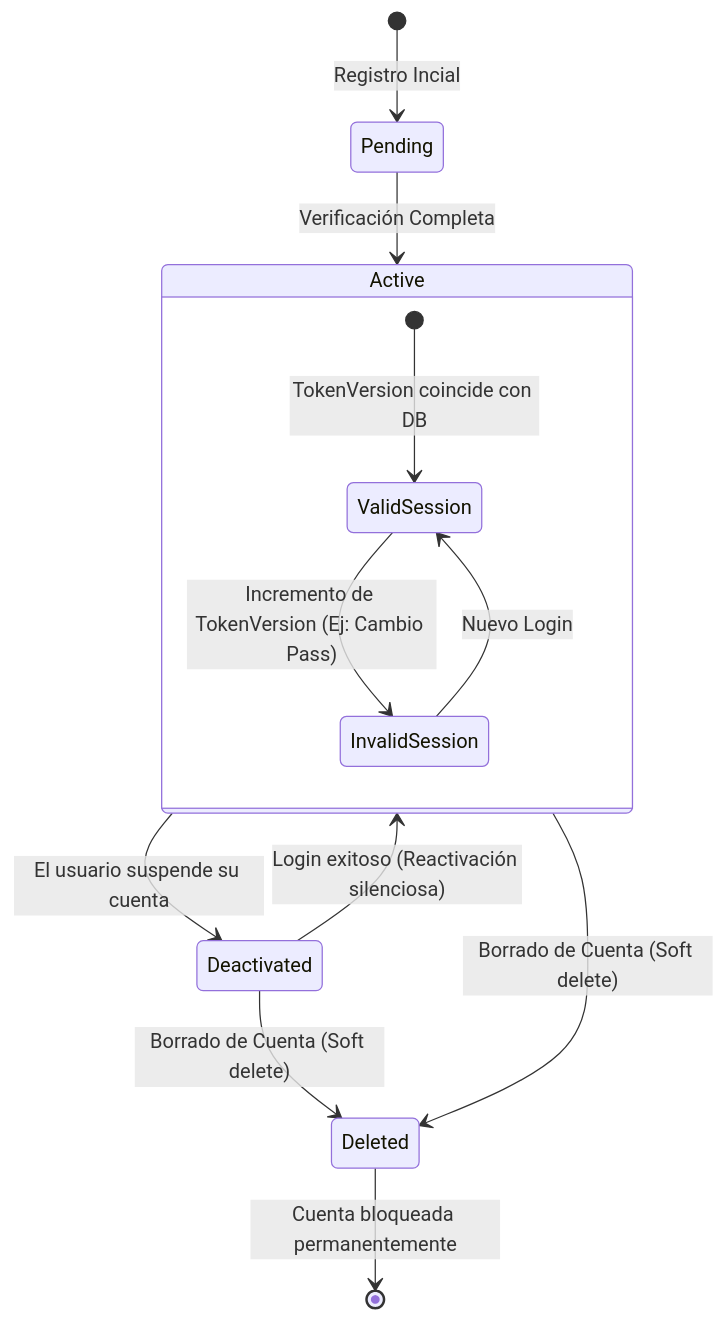
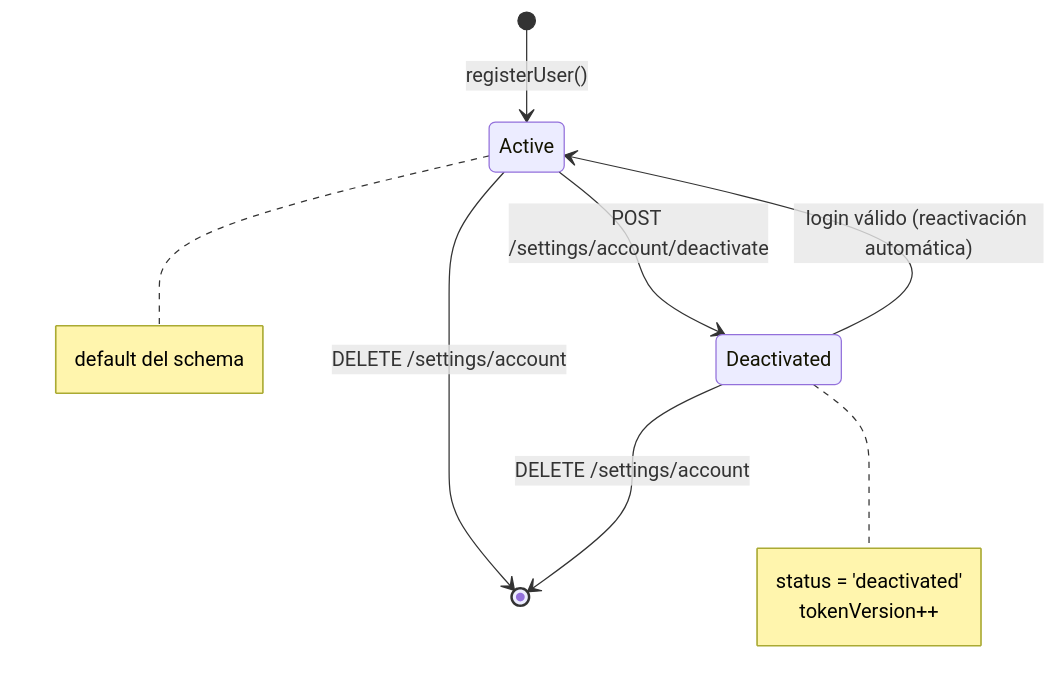
The first of 3 diagrams in docs/architecture/diagramas/maquina-estados-auth.md (SamuelMenan/ArtSanctuary), drawn with Mermaid before and after one commit. The commit also changed other lines of this file and 72 other files, not shown here.

````diff
--- a/docs/architecture/diagramas/maquina-estados-auth.md
+++ b/docs/architecture/diagramas/maquina-estados-auth.md
@@ -36,18 +18,19 @@
 ```mermaid
 stateDiagram-v2
-    [*] --> Pending : Registro Incial
-    Pending --> Active : Verificación Completa
-    
-    Active --> Deactivated : El usuario suspende su cuenta
-    Deactivated --> Active : Login exitoso (Reactivación silenciosa)
-    
-    Active --> Deleted : Borrado de Cuenta (Soft delete)
-    Deactivated --> Deleted : Borrado de Cuenta (Soft delete)
-    Deleted --> [*] : Cuenta bloqueada permanentemente
+    [*] --> Active : registerUser()
 
-    state Active {
-        [*] --> ValidSession : TokenVersion coincide con DB
-        ValidSession --> InvalidSession : Incremento de TokenVersion (Ej: Cambio Pass)
-        InvalidSession --> ValidSession : Nuevo Login
-    }
+    Active --> Deactivated : POST /settings/account/deactivate
+    Deactivated --> Active : login válido (reactivación automática)
+
+    Active --> [*] : DELETE /settings/account
+    Deactivated --> [*] : DELETE /settings/account
+
+    note right of Active
+        default del schema
+    end note
+
+    note right of Deactivated
+        status = 'deactivated'
+        tokenVersion++
+    end note
 ```
````
